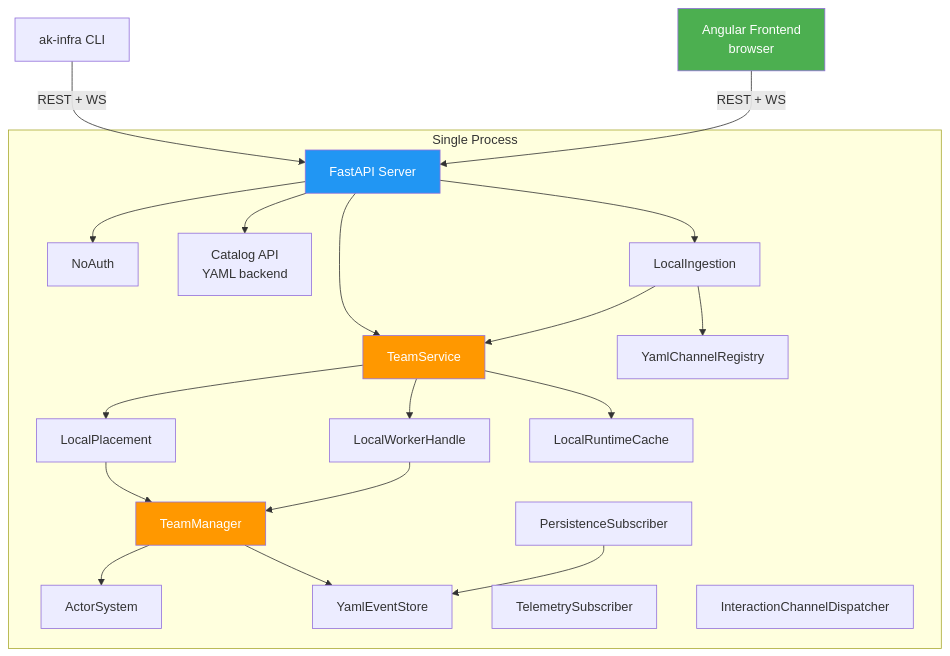
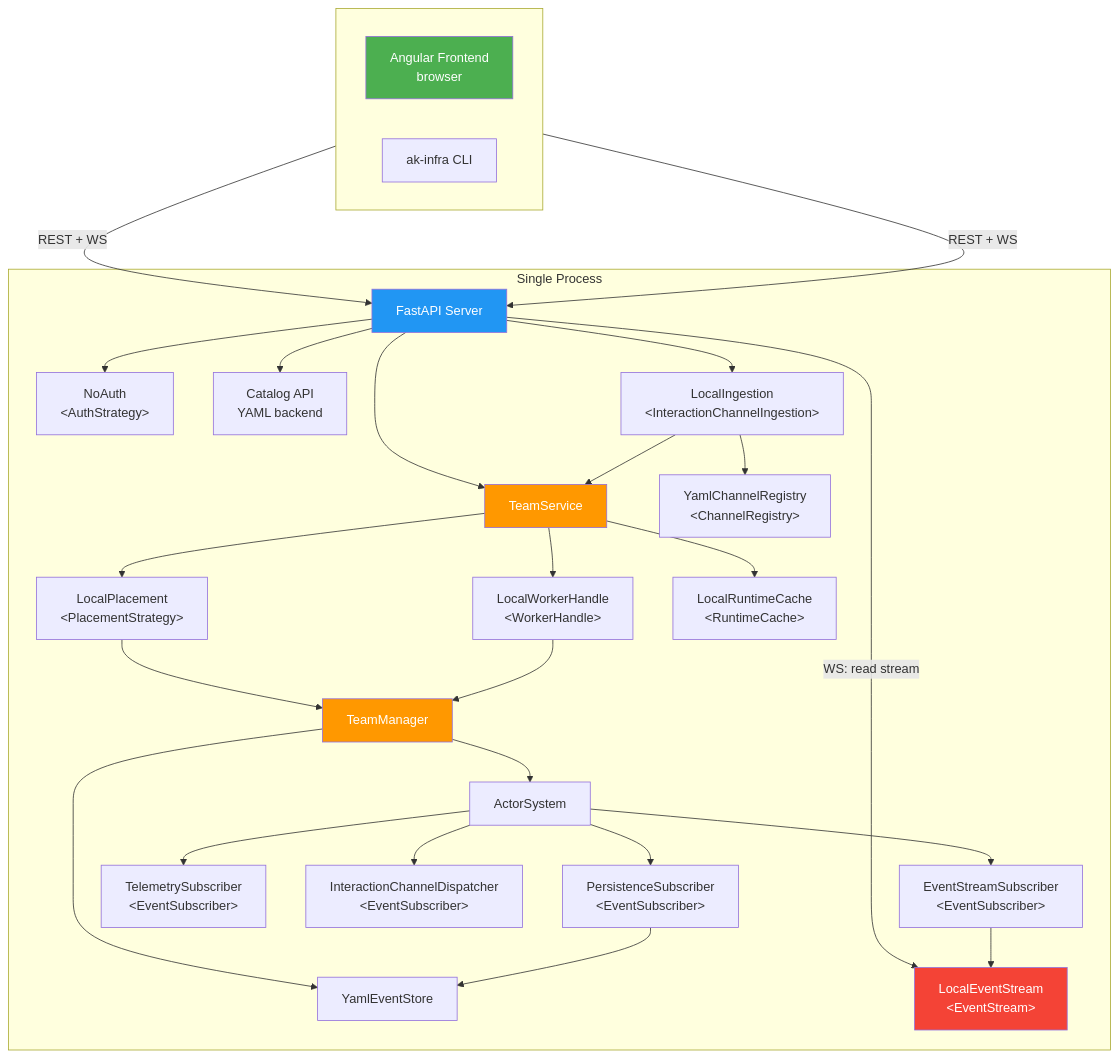
Before and after one commit to b12consulting/akgentic: the first of 3 diagrams in README.md, drawn with Mermaid. The commit also changed other lines of this file and 3 other files, not shown here.

````diff
--- a/README.md
+++ b/README.md
@@ -30,45 +30,57 @@
 ```mermaid
 graph TB
     subgraph "Single Process"
         API[FastAPI Server]
         SVC[TeamService]
-        NA[NoAuth]
+        NA["NoAuth<br/>&lt;AuthStrategy&gt;"]
         CAT[Catalog API<br/>YAML backend]
-        LP[LocalPlacement]
-        LWH[LocalWorkerHandle]
-        LRC[LocalRuntimeCache]
+        LP["LocalPlacement<br/>&lt;PlacementStrategy&gt;"]
+        LWH["LocalWorkerHandle<br/>&lt;WorkerHandle&gt;"]
+        LRC["LocalRuntimeCache<br/>&lt;RuntimeCache&gt;"]
         TM[TeamManager]
         AS[ActorSystem]
         YE[YamlEventStore]
-        PS[PersistenceSubscriber]
-        TS[TelemetrySubscriber]
-        ICD[InteractionChannelDispatcher]
-        LI[LocalIngestion]
-        YCR[YamlChannelRegistry]
+        PS["PersistenceSubscriber<br/>&lt;EventSubscriber&gt;"]
+        TS["TelemetrySubscriber<br/>&lt;EventSubscriber&gt;"]
+        ICD["InteractionChannelDispatcher<br/>&lt;EventSubscriber&gt;"]
+        ESS["EventStreamSubscriber<br/>&lt;EventSubscriber&gt;"]
+        LES["LocalEventStream<br/>&lt;EventStream&gt;"]
+        LI["LocalIngestion<br/>&lt;InteractionChannelIngestion&gt;"]
+        YCR["YamlChannelRegistry<br/>&lt;ChannelRegistry&gt;"]
     end
 
-    FE[Angular Frontend<br/>browser]
-    CLI[ak-infra CLI]
+    subgraph Clients [" "]
+        direction LR
+        FE[Angular Frontend<br/>browser]
+        CLI[ak-infra CLI]
+    end
 
+    FE -->|REST + WS| API
     CLI -->|REST + WS| API
-    FE -->|REST + WS| API
     API --> NA
     API --> SVC
     API --> CAT
     API --> LI
+    API -->|WS: read stream| LES
     SVC --> LP
     SVC --> LWH
     SVC --> LRC
     LP --> TM
     LWH --> TM
     TM --> AS
     TM --> YE
+    AS --> PS
+    AS --> TS
+    AS --> ICD
+    AS --> ESS
+    ESS --> LES
     PS --> YE
     LI --> SVC
     LI --> YCR
 
     style FE fill:#4CAF50,color:white
     style API fill:#2196F3,color:white
     style SVC fill:#FF9800,color:white
     style TM fill:#FF9800,color:white
+    style LES fill:#F44336,color:white
 ```
````
